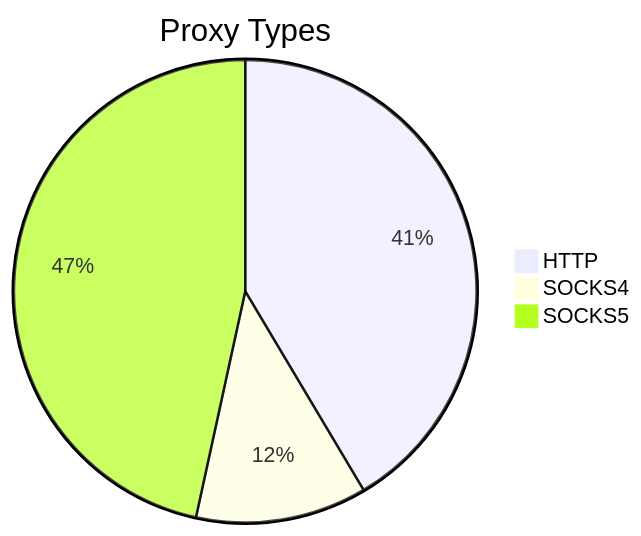
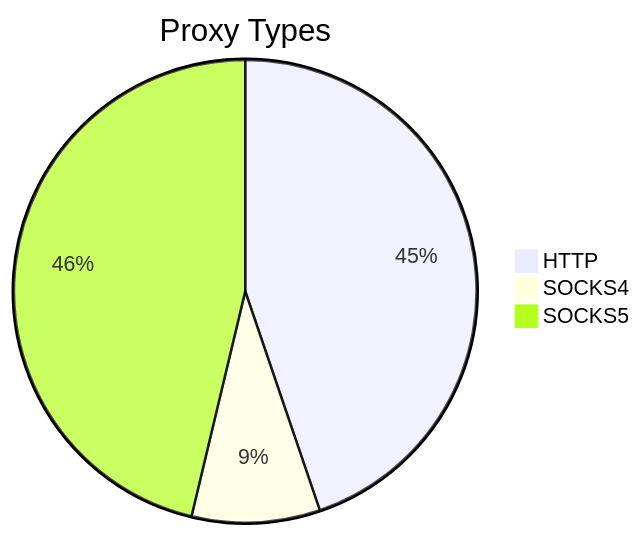
One commit to stormsia/proxy-list changed the first of 2 diagrams in README.md. Above: the diagram before and after it, drawn with Mermaid. The commit also changed other lines of this file, not shown here.

````diff
--- a/README.md
+++ b/README.md
@@ -21,6 +21,6 @@
 ```mermaid
 pie title Proxy Types
-    "HTTP" : 97
-    "SOCKS4" : 28
-    "SOCKS5" : 109
+    "HTTP" : 90
+    "SOCKS4" : 18
+    "SOCKS5" : 93
 ```
````
